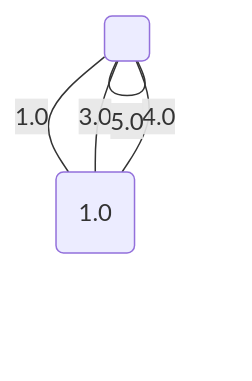
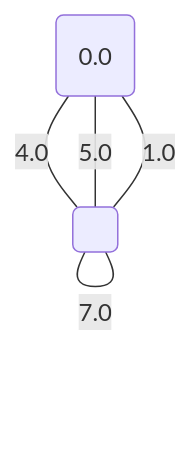
Before and after one commit to metury/graphs: diagram 17 of 17 in project/src/testing/minCutPetersen.md, drawn with Mermaid. The commit also changed other lines of this file and 78 other files, not shown here.

````diff
--- a/project/src/testing/minCutPetersen.md
+++ b/project/src/testing/minCutPetersen.md
@@ -402,9 +409,10 @@
 ```mermaid
 graph TD;
-0("1.0");
+0("0.0");
 1(" ");
 	1 -- "1.0" --- 0;
-	1 -- "3.0" --- 0;
-	1 -- "4.0" --- 0;
-	1 -- "5.0" --- 1;
+	1 -- "3.0" --- 1;
+	0 -- "4.0" --- 1;
+	0 -- "5.0" --- 1;
+	1 -- "7.0" --- 1;
 ```
````
